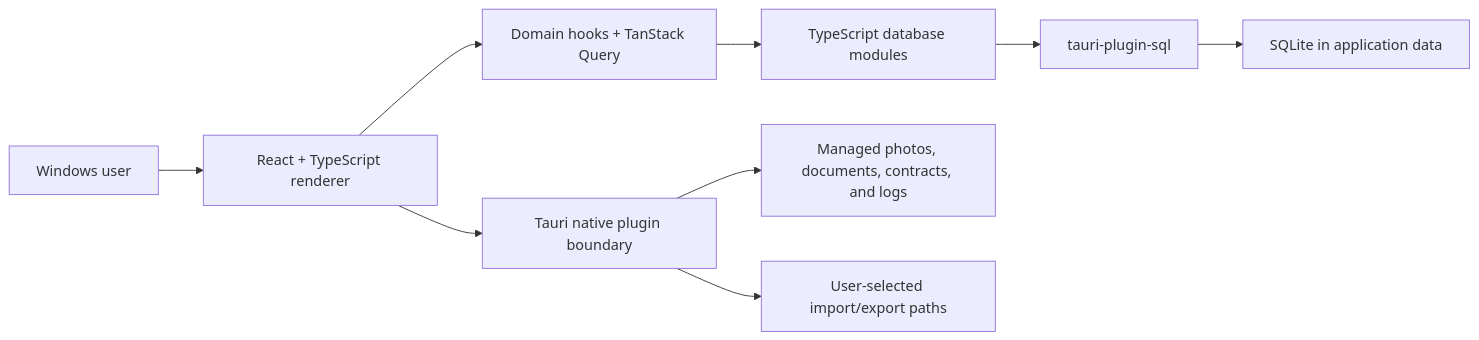
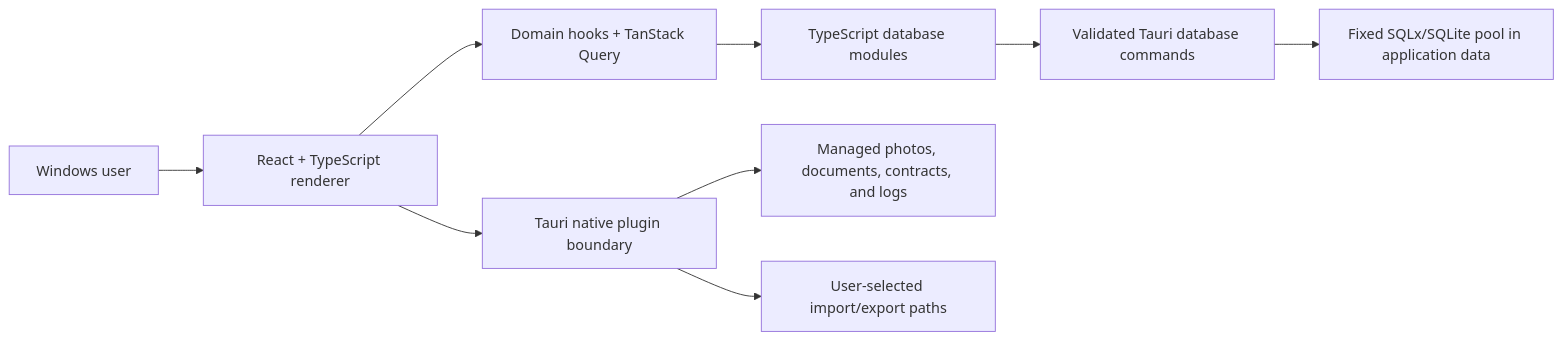
One commit to LeftHandVoodoo/Respectabullz changed the diagram in README.md. Above: the diagram before and after it, drawn with Mermaid. The commit also changed other lines of this file and 103 other files, not shown here.

````diff
--- a/README.md
+++ b/README.md
@@ -63,11 +64,11 @@
 ```mermaid
 flowchart LR
     U["Windows user"] --> R["React + TypeScript renderer"]
     R --> Q["Domain hooks + TanStack Query"]
     Q --> D["TypeScript database modules"]
-    D --> P["tauri-plugin-sql"]
-    P --> S["SQLite in application data"]
+    D --> T["Validated Tauri database commands"]
+    T --> S["Fixed SQLx/SQLite pool in application data"]
     R --> N["Tauri native plugin boundary"]
     N --> M["Managed photos, documents, contracts, and logs"]
     N --> E["User-selected import/export paths"]
 ```
````
